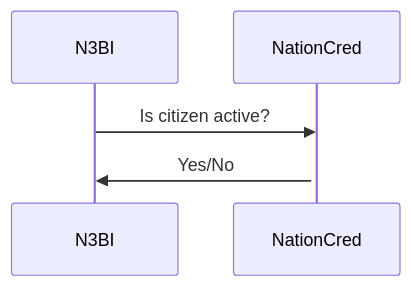
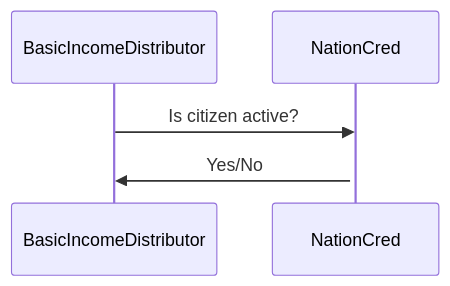
One commit to nation3/n3bi changed the diagram in README.md. Above: the diagram before and after it, drawn with Mermaid. The commit also changed 6 other files, not shown here.

````diff
--- a/README.md
+++ b/README.md
@@ -17,8 +17,8 @@
 ```mermaid
 sequenceDiagram
-    participant N3BI
+    participant BasicIncomeDistributor
     participant NationCred
-    N3BI->>NationCred: Is citizen active?
+    BasicIncomeDistributor->>NationCred: Is citizen active?
     activate NationCred
-    NationCred->>N3BI: Yes/No
+    NationCred->>BasicIncomeDistributor: Yes/No
 ```
````
